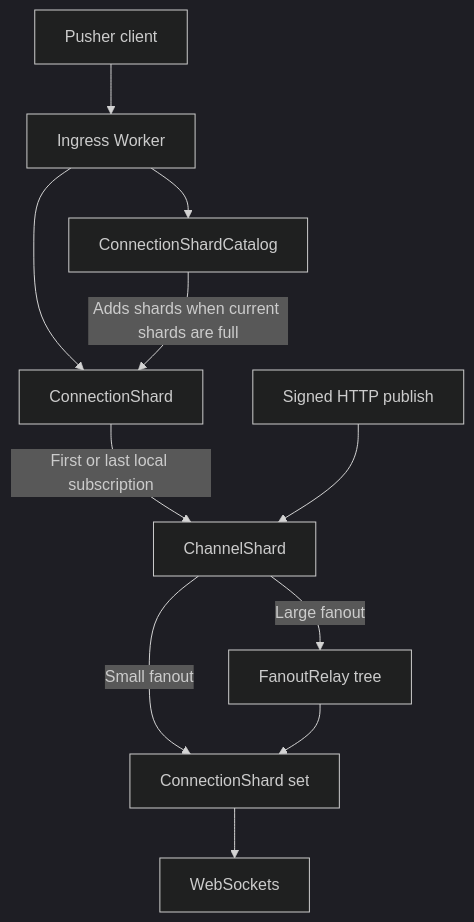
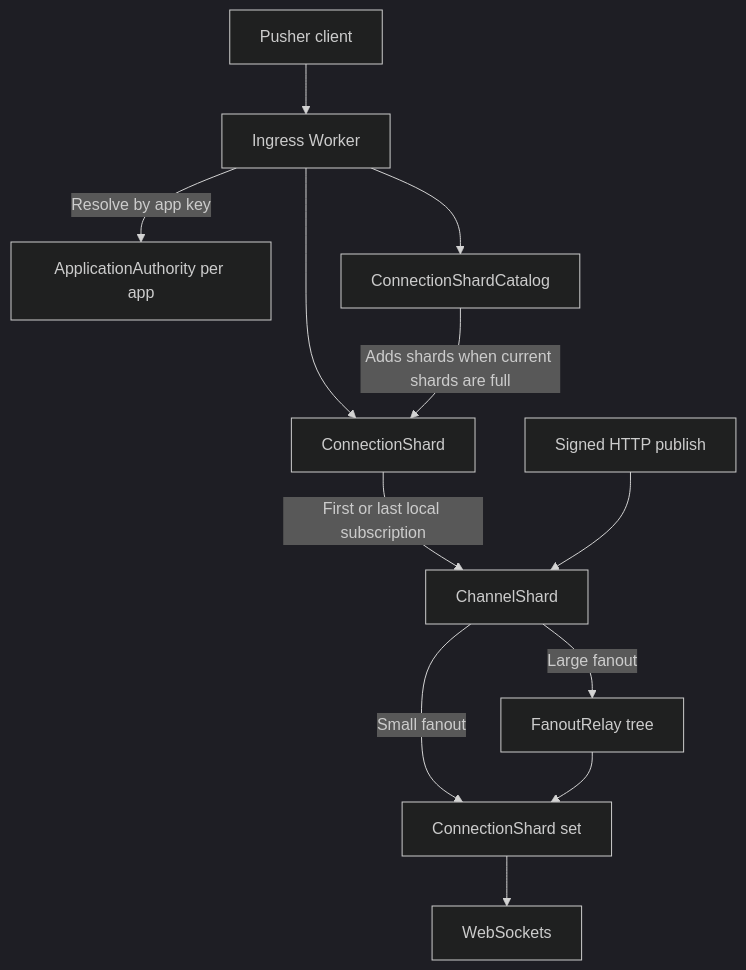
One commit to tobimori/durable-pusher changed the diagram in docs/architecture.md. Above: the diagram before and after it, drawn with Mermaid (dark theme). The commit also changed other lines of this file and 18 other files, not shown here.

````diff
--- a/docs/architecture.md
+++ b/docs/architecture.md
@@ -26,13 +27,14 @@
 ```mermaid
 flowchart TD
     Client[Pusher client] --> Worker[Ingress Worker]
+    Worker -->|Resolve by app key| Authority[ApplicationAuthority per app]
     Worker --> Catalog[ConnectionShardCatalog]
     Worker --> Connection[ConnectionShard]
     Catalog -->|Adds shards when current shards are full| Connection
     Connection -->|First or last local subscription| Channel[ChannelShard]
     HTTP[Signed HTTP publish] --> Channel
     Channel -->|Small fanout| Targets[ConnectionShard set]
     Channel -->|Large fanout| Relay[FanoutRelay tree]
     Relay --> Targets
     Targets --> Sockets[WebSockets]
 ```
````
